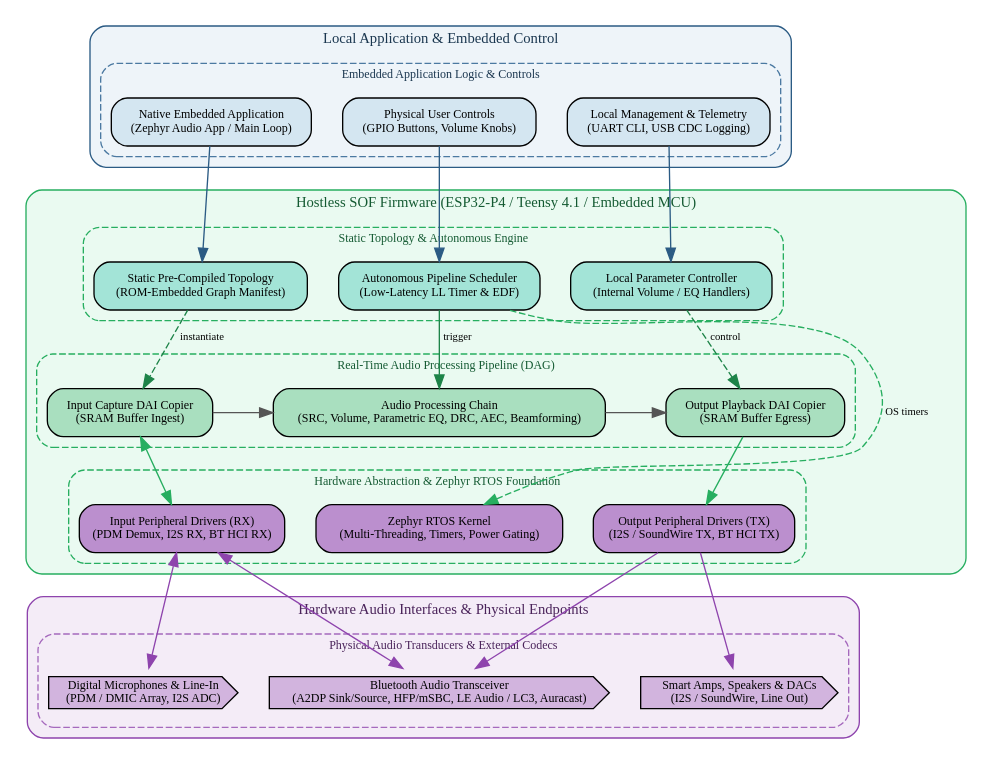
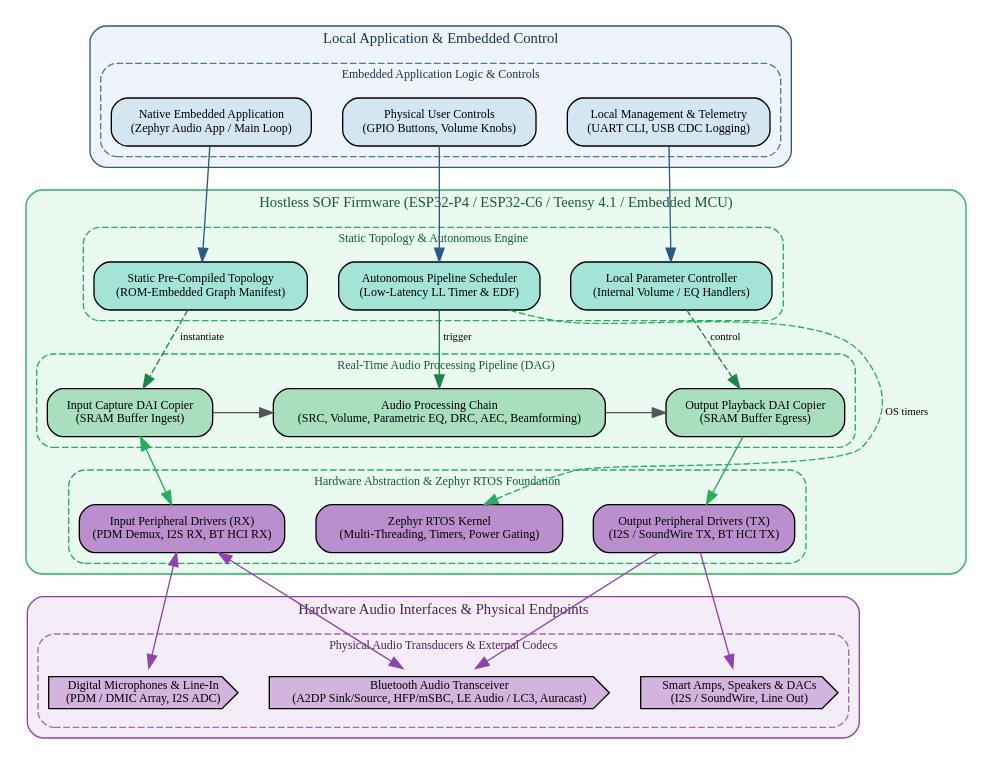
Before and after one commit to thesofproject/sof-docs: the second of 4 diagrams in architectures/index.rst, drawn with Graphviz. The commit also changed other lines of this file and 3 other files, not shown here.

```diff
--- a/architectures/index.rst
+++ b/architectures/index.rst
@@ -205,5 +205,5 @@
 .. graphviz::
-   :caption: SOF Hostless Embedded System Architecture (ESP32-P4 / Teensy 4.1)
+   :caption: SOF Hostless Embedded System Architecture (ESP32-P4 / ESP32-C6 / Teensy 4.1)
    :align: center
 
    digraph hostless_stack {
@@ -241,7 +241,7 @@
 
        // 2. HOSTLESS AUDIO DSP FIRMWARE (MIDDLE)
        subgraph cluster_firmware {
-           label = "Hostless SOF Firmware (ESP32-P4 / Teensy 4.1 / Embedded MCU)";
+           label = "Hostless SOF Firmware (ESP32-P4 / ESP32-C6 / Teensy 4.1 / Embedded MCU)";
            style = "filled,rounded";
            color = "#27ae60";
            fillcolor = "#eafaf1";
```
